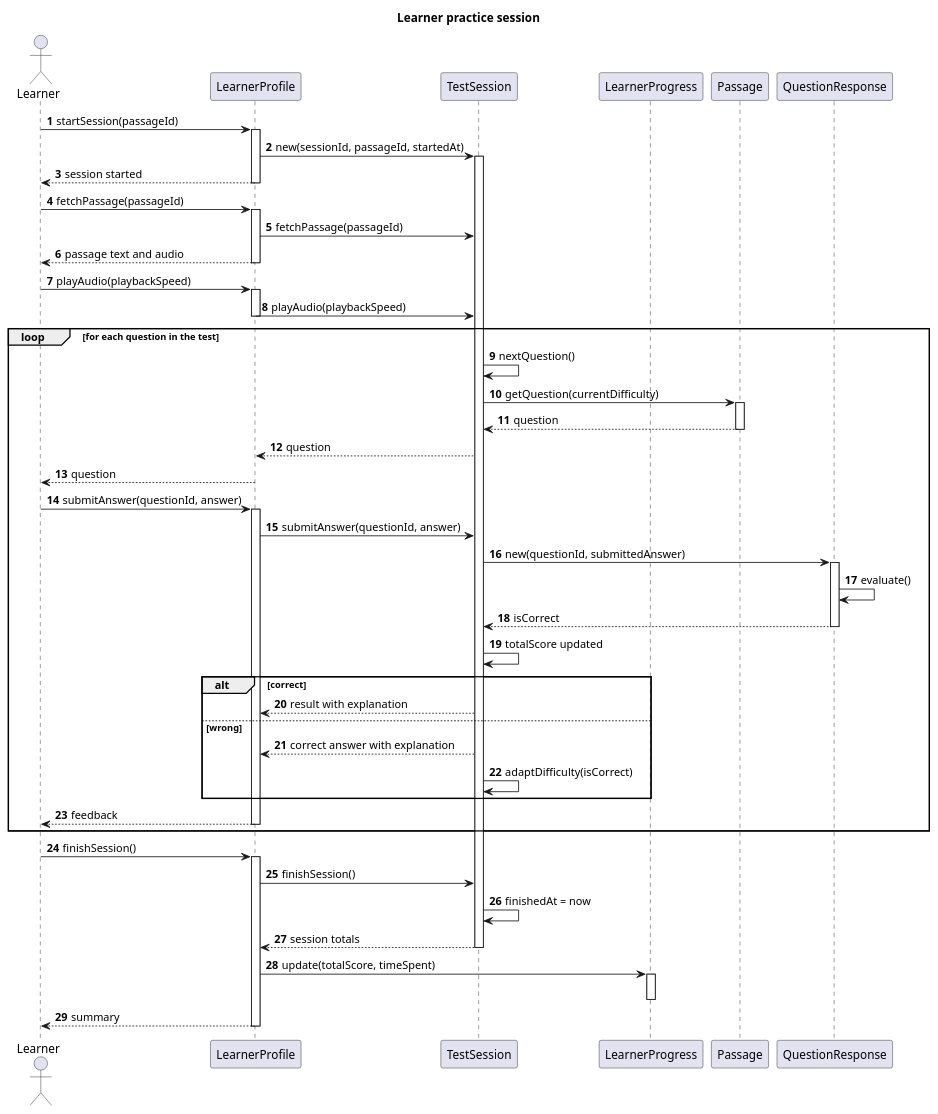
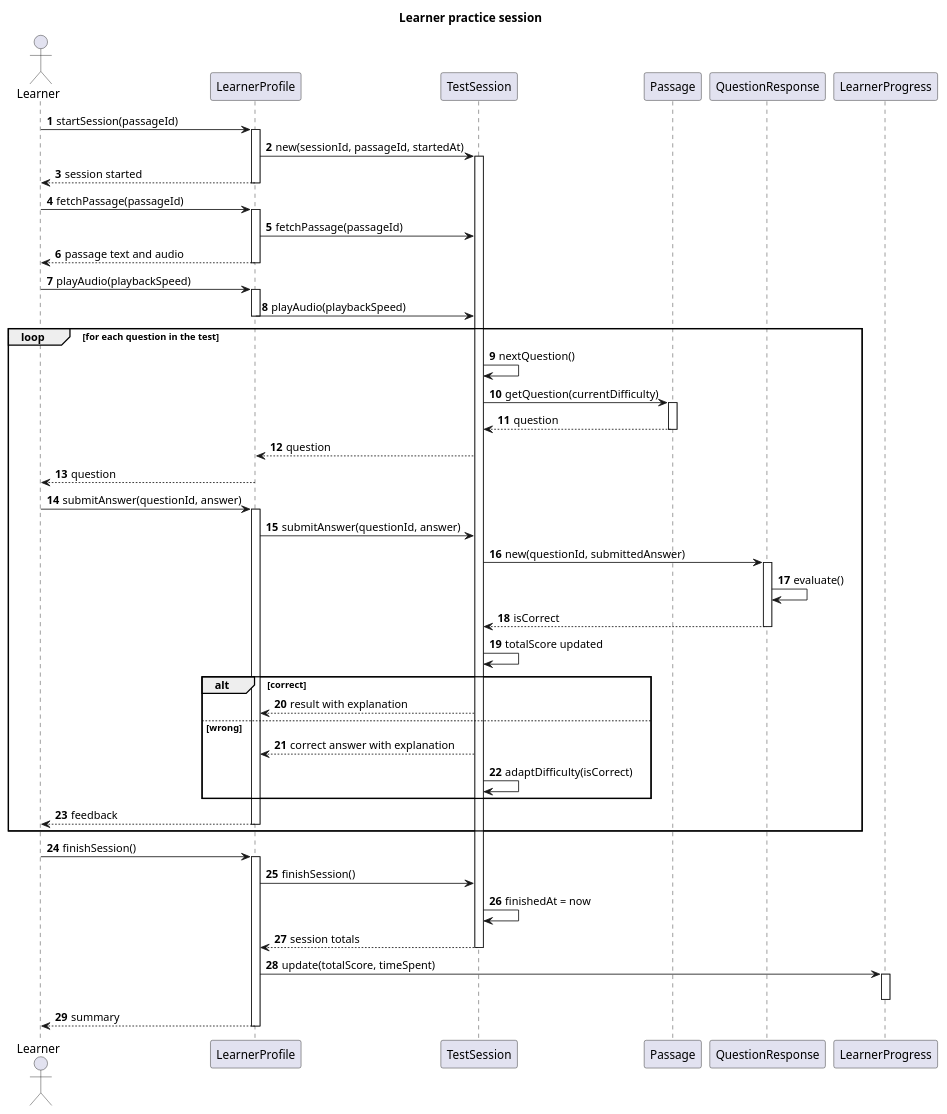
Before and after one commit to iAbdulrrahman/asghi-diagrams: the diagram in h_seq3_learner_session.puml, drawn with PlantUML. The commit also changed other lines of this file and 1 other file, not shown here.

First line of the commit message:
seq3: move LearnerProgress lifeline to the end

```diff
--- a/h_seq3_learner_session.puml
+++ b/h_seq3_learner_session.puml
@@ -1,71 +1,71 @@
 @startuml
 title Learner practice session
 autonumber
 
 actor Learner as L
 participant "LearnerProfile" as LP
 participant "TestSession" as TS
-participant "LearnerProgress" as LPR
 participant "Passage" as P
 participant "QuestionResponse" as QR
+participant "LearnerProgress" as LPR
 
 L -> LP : startSession(passageId)
 activate LP
 LP -> TS : new(sessionId, passageId, startedAt)
 activate TS
 LP --> L : session started
 deactivate LP
 
 L -> LP : fetchPassage(passageId)
 activate LP
 LP -> TS : fetchPassage(passageId)
 LP --> L : passage text and audio
 deactivate LP
 
 L -> LP : playAudio(playbackSpeed)
 activate LP
 LP -> TS : playAudio(playbackSpeed)
 deactivate LP
 
 loop for each question in the test
     TS -> TS : nextQuestion()
     TS -> P : getQuestion(currentDifficulty)
     activate P
     P --> TS : question
     deactivate P
     TS --> LP : question
     LP --> L : question
 
     L -> LP : submitAnswer(questionId, answer)
     activate LP
     LP -> TS : submitAnswer(questionId, answer)
     TS -> QR : new(questionId, submittedAnswer)
     activate QR
     QR -> QR : evaluate()
     QR --> TS : isCorrect
     deactivate QR
     TS -> TS : totalScore updated
 
     alt correct
         TS --> LP : result with explanation
     else wrong
         TS --> LP : correct answer with explanation
         TS -> TS : adaptDifficulty(isCorrect)
     end
     LP --> L : feedback
     deactivate LP
 end
 
 L -> LP : finishSession()
 activate LP
 LP -> TS : finishSession()
 TS -> TS : finishedAt = now
 TS --> LP : session totals
 deactivate TS
 LP -> LPR : update(totalScore, timeSpent)
 activate LPR
 deactivate LPR
 LP --> L : summary
 deactivate LP
 
 @enduml
```
